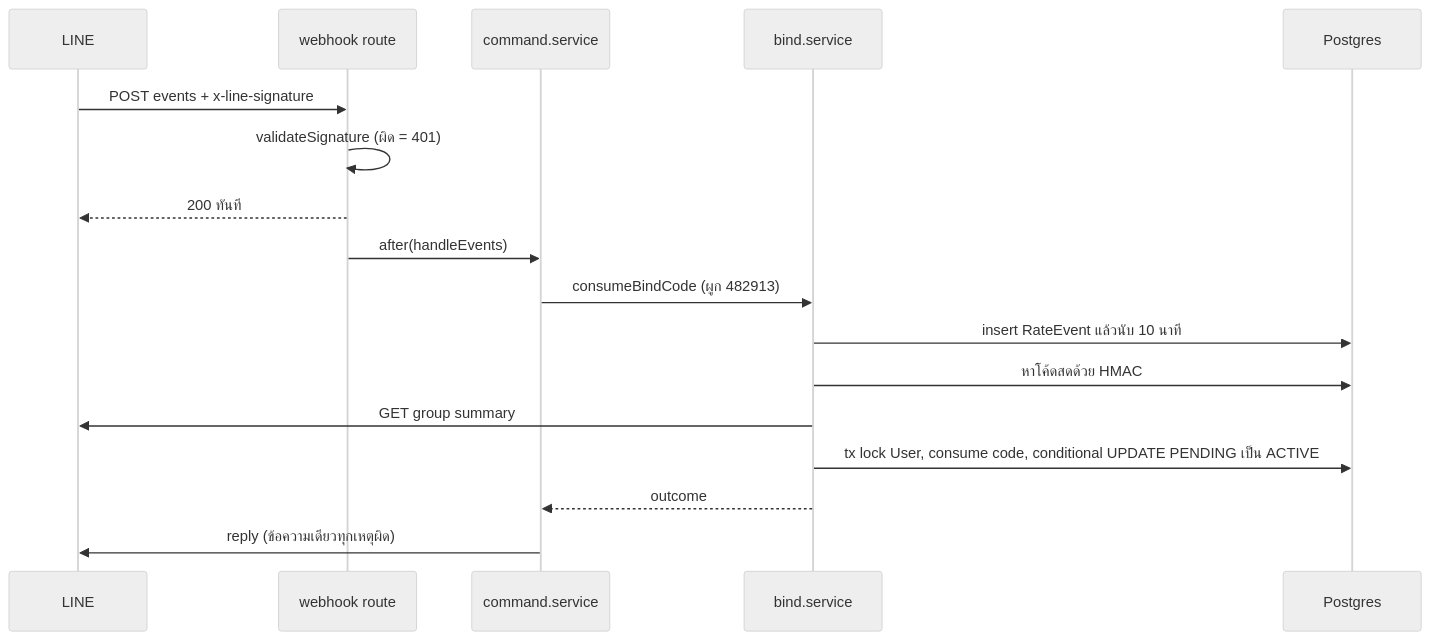
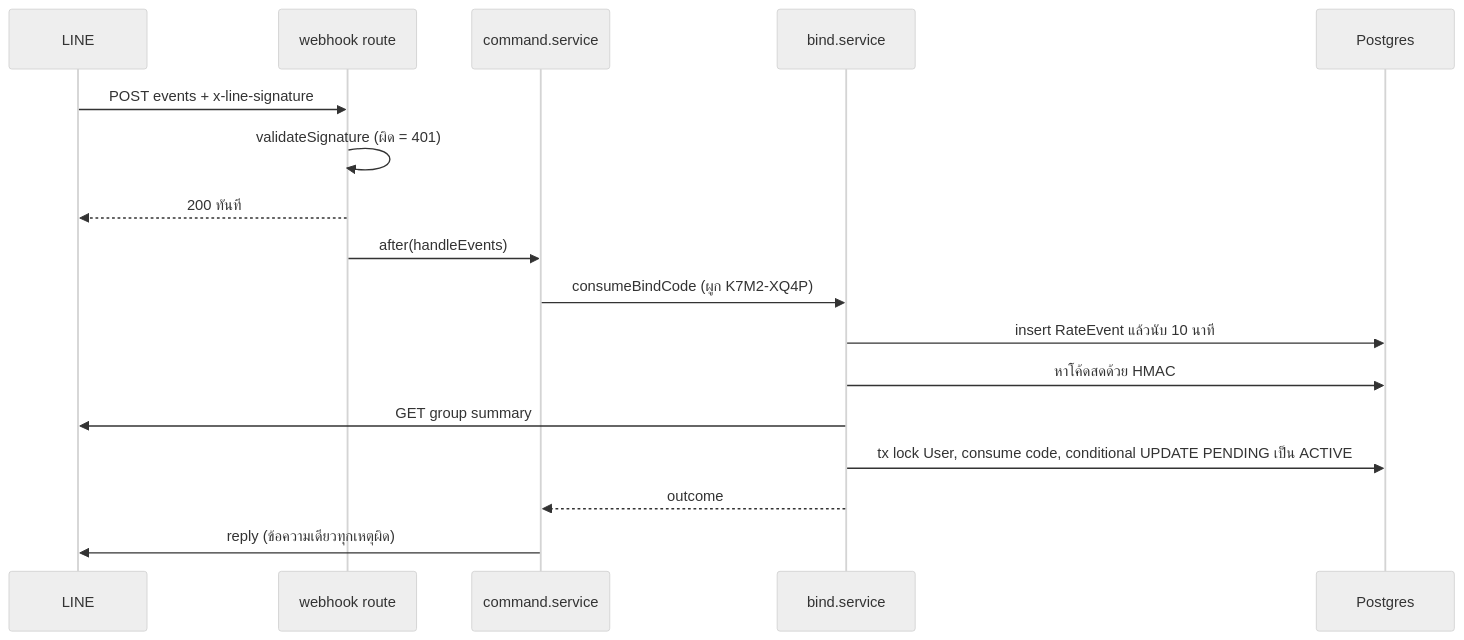
Before and after one commit to CodeCooLTH/deep-web: the third of 3 diagrams in docs/20 - Features/00068 - LINE Group Summary Report/SDS.md, drawn with Mermaid (neutral theme). The commit also changed other lines of this file and 24 other files, not shown here.

````diff
--- a/docs/20 - Features/00068 - LINE Group Summary Report/SDS.md
+++ b/docs/20 - Features/00068 - LINE Group Summary Report/SDS.md
@@ -178,19 +178,19 @@
 ```mermaid
 sequenceDiagram
     participant L as LINE
     participant W as webhook route
     participant C as command.service
     participant B as bind.service
     participant DB as Postgres
     L->>W: POST events + x-line-signature
     W->>W: validateSignature (ผิด = 401)
     W-->>L: 200 ทันที
     W->>C: after(handleEvents)
-    C->>B: consumeBindCode (ผูก 482913)
+    C->>B: consumeBindCode (ผูก K7M2-XQ4P)
     B->>DB: insert RateEvent แล้วนับ 10 นาที
     B->>DB: หาโค้ดสดด้วย HMAC
     B->>L: GET group summary
     B->>DB: tx lock User, consume code, conditional UPDATE PENDING เป็น ACTIVE
     B-->>C: outcome
     C->>L: reply (ข้อความเดียวทุกเหตุผิด)
 ```
````
